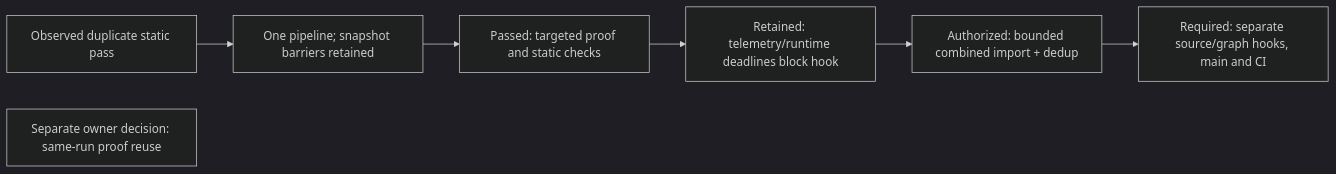
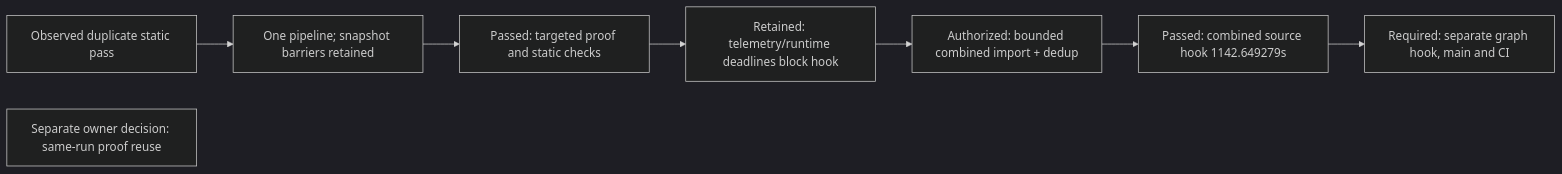
Before and after one commit to Resnovas/Eventiva: the first of 49 diagrams in docs/planning/timeline.md, drawn with Mermaid (dark theme). The commit also changed other lines of this file and 1 other file, not shown here.

Commit message:
chore(graphify): refresh the combined verification graph
Regenerate from clean combined source and record the independently completed source hook. The graph snapshot requires its own unchanged installed verification gate.

Refs: EVE-299, Resnovas/Eventiva#1092, EVE-261, Resnovas/Eventiva#1035, RES-66

````diff
--- a/docs/planning/timeline.md
+++ b/docs/planning/timeline.md
@@ -18,9 +19,10 @@
 ```mermaid
 flowchart LR
     Duplicate["Observed duplicate static pass"] --> Once["One pipeline; snapshot barriers retained"]
     Once --> Focused["Passed: targeted proof and static checks"]
     Focused --> Failure["Retained: telemetry/runtime deadlines block hook"]
     Failure --> Full["Authorized: bounded combined import + dedup"]
-    Full --> Publish["Required: separate source/graph hooks, main and CI"]
+    Full --> Source["Passed: combined source hook 1142.649279s"]
+    Source --> Publish["Required: separate graph hook, main and CI"]
     Reuse["Separate owner decision: same-run proof reuse"]
 ```
````
